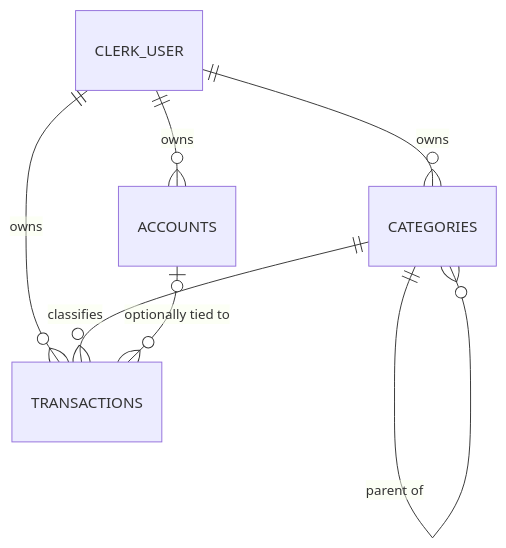
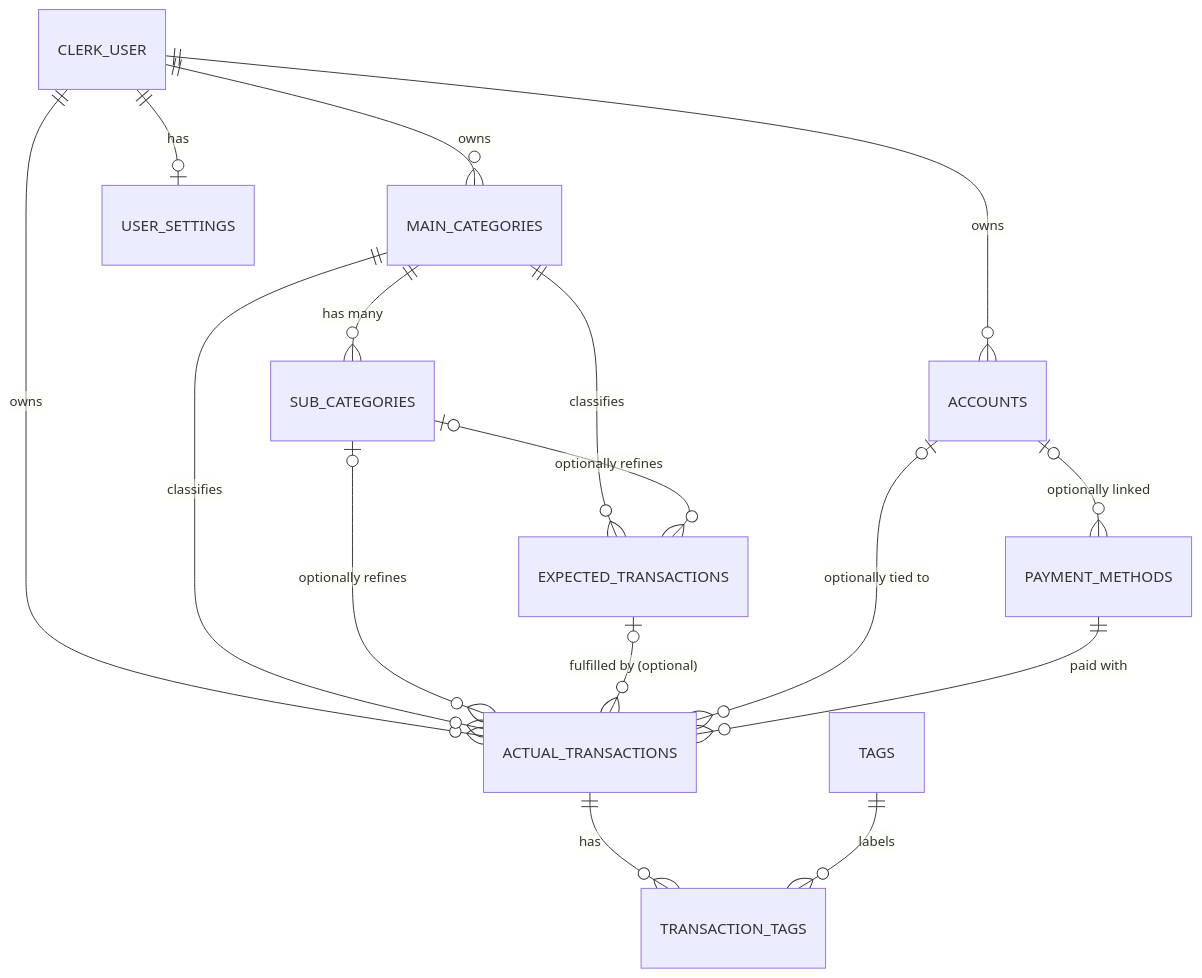
One commit to itzjmbruhhh/Balansi changed the diagram in context/SCHEMA.md. Above: the diagram before and after it, drawn with Mermaid. The commit also changed other lines of this file and 1 other file, not shown here.

Commit message:
Planning: updated SCHEMA and PRD accordingly to ERD

````diff
--- a/context/SCHEMA.md
+++ b/context/SCHEMA.md
@@ -13,9 +14,18 @@
 ```mermaid
 erDiagram
     CLERK_USER ||--o{ ACCOUNTS : owns
-    CLERK_USER ||--o{ CATEGORIES : owns
-    CLERK_USER ||--o{ TRANSACTIONS : owns
-    CATEGORIES ||--o{ CATEGORIES : "parent of"
-    CATEGORIES ||--o{ TRANSACTIONS : classifies
-    ACCOUNTS |o--o{ TRANSACTIONS : "optionally tied to"
+    CLERK_USER ||--o{ MAIN_CATEGORIES : owns
+    CLERK_USER ||--o{ ACTUAL_TRANSACTIONS : owns
+    CLERK_USER ||--o| USER_SETTINGS : has
+    MAIN_CATEGORIES ||--o{ SUB_CATEGORIES : "has many"
+    MAIN_CATEGORIES ||--o{ ACTUAL_TRANSACTIONS : classifies
+    MAIN_CATEGORIES ||--o{ EXPECTED_TRANSACTIONS : classifies
+    SUB_CATEGORIES |o--o{ ACTUAL_TRANSACTIONS : "optionally refines"
+    SUB_CATEGORIES |o--o{ EXPECTED_TRANSACTIONS : "optionally refines"
+    EXPECTED_TRANSACTIONS |o--o{ ACTUAL_TRANSACTIONS : "fulfilled by (optional)"
+    ACCOUNTS |o--o{ ACTUAL_TRANSACTIONS : "optionally tied to"
+    ACCOUNTS |o--o{ PAYMENT_METHODS : "optionally linked"
+    PAYMENT_METHODS ||--o{ ACTUAL_TRANSACTIONS : "paid with"
+    ACTUAL_TRANSACTIONS ||--o{ TRANSACTION_TAGS : has
+    TAGS ||--o{ TRANSACTION_TAGS : labels
 ```
````
